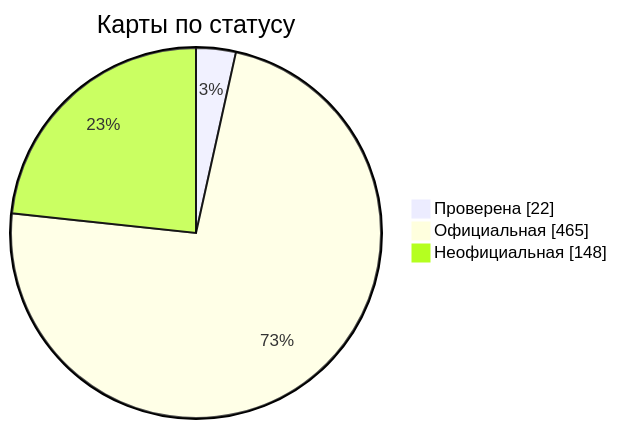
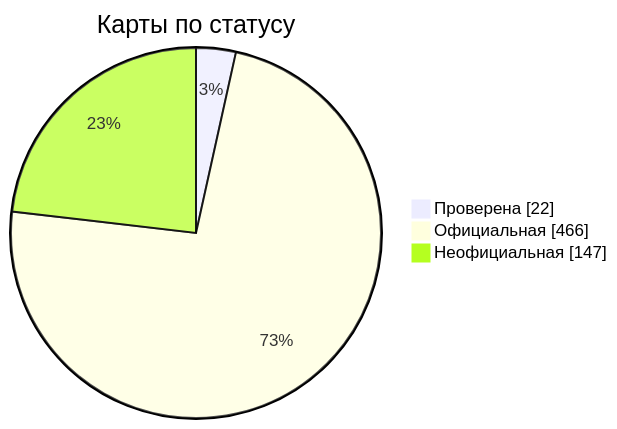
One commit to nobrega8/mbmap-library changed the diagram in docs/readme/README_RU.md. Above: the diagram before and after it, drawn with Mermaid. The commit also changed 6 other files, not shown here.

````diff
--- a/docs/readme/README_RU.md
+++ b/docs/readme/README_RU.md
@@ -54,7 +54,7 @@
 ```mermaid
 pie showData
     title Карты по статусу
     "Проверена" : 22
-    "Официальная" : 465
-    "Неофициальная" : 148
+    "Официальная" : 466
+    "Неофициальная" : 147
 ```
````
